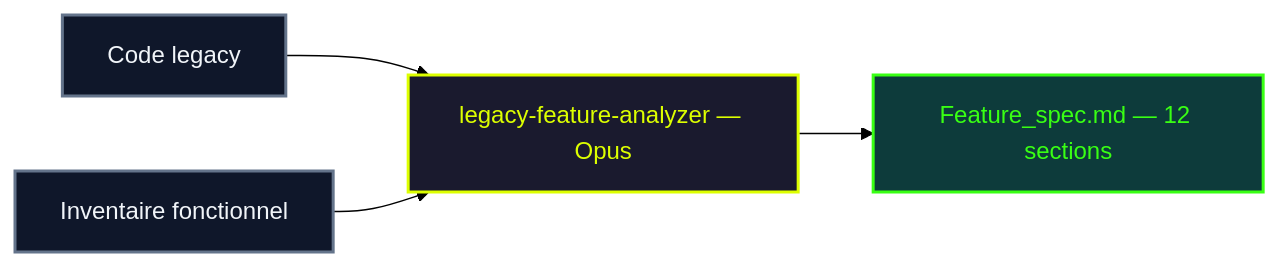
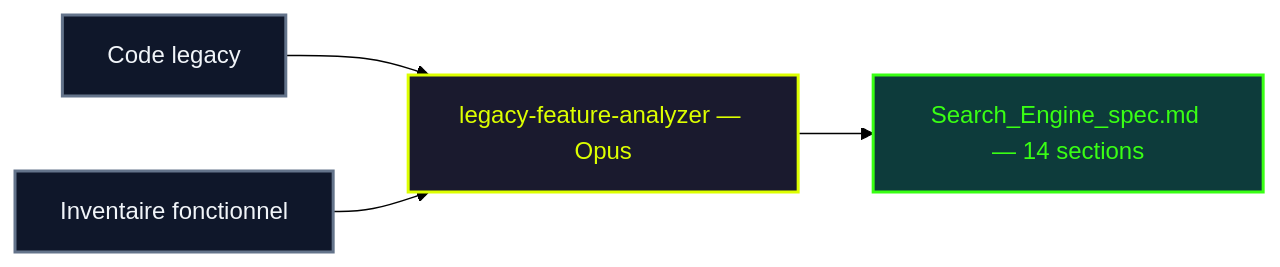
The eighth of 15 diagrams in docs/guide/methodology.md (fondative/claude-code-ecosystem), drawn with Mermaid (forest theme) before and after one commit. The commit also changed other lines of this file and 395 other files, not shown here.

````diff
--- a/docs/guide/methodology.md
+++ b/docs/guide/methodology.md
@@ -369,19 +454,19 @@
 ```mermaid
 graph LR
     IN1["Code legacy"]
     IN2["Inventaire fonctionnel"]
     FA["legacy-feature-analyzer — Opus"]
-    SPEC["Feature_spec.md — 12 sections"]
+    SPEC["Search_Engine_spec.md — 14 sections"]
 
     IN1 --> FA
     IN2 --> FA
     FA --> SPEC
 
     classDef input fill:#0f172a,stroke:#64748b,stroke-width:2px,color:#f1f5f9
     classDef opus fill:#1a1a2e,stroke:#ddff00,stroke-width:2px,color:#ddff00
     classDef output fill:#0d3b3b,stroke:#39ff14,stroke-width:2px,color:#39ff14
 
     class IN1,IN2 input
     class FA opus
     class SPEC output
 ```
````
